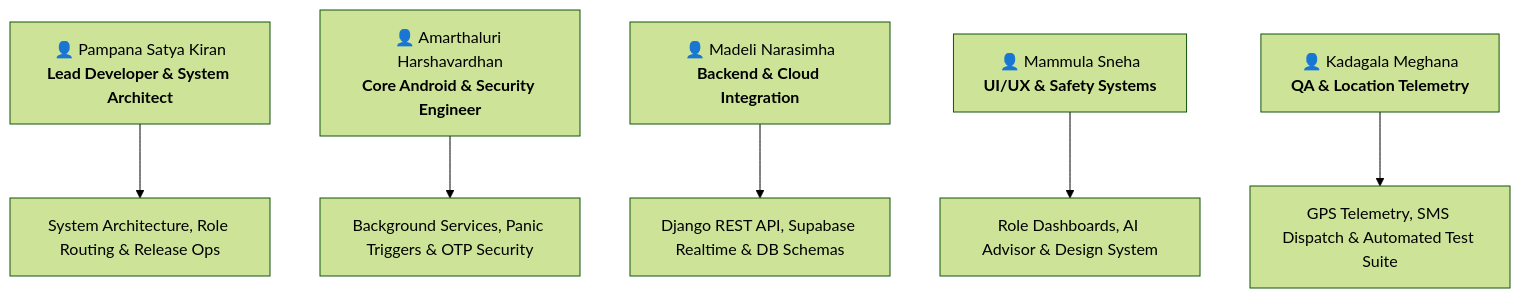
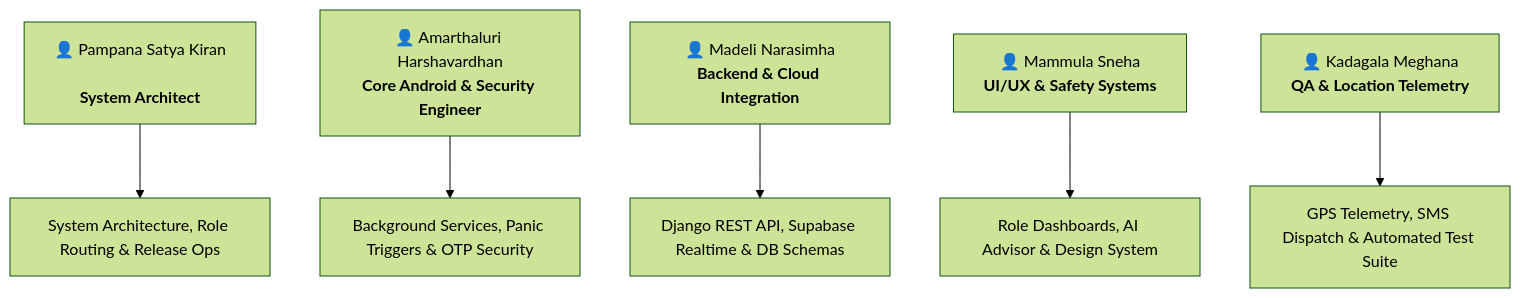
Before and after one commit to satyakiran29/GuardianAI: the diagram in team.md, drawn with Mermaid (forest theme).

````diff
--- a/team.md
+++ b/team.md
@@ -20,14 +20,15 @@
 ```mermaid
 graph TD
-    PSK["👤 Pampana Satya Kiran<br/><b>Lead Developer & System Architect</b>"]
+    PSK["👤 Pampana Satya Kiran<br/><b> 
+     System Architect</b>"]
     AH["👤 Amarthaluri Harshavardhan<br/><b>Core Android & Security Engineer</b>"]
     MN["👤 Madeli Narasimha<br/><b>Backend & Cloud Integration</b>"]
     MS["👤 Mammula Sneha<br/><b>UI/UX & Safety Systems</b>"]
     KM["👤 Kadagala Meghana<br/><b>QA & Location Telemetry</b>"]
 
     PSK --> CoreArch["System Architecture, Role Routing & Release Ops"]
     AH --> SecuritySensors["Background Services, Panic Triggers & OTP Security"]
     MN --> CloudAPI["Django REST API, Supabase Realtime & DB Schemas"]
     MS --> UIUXAssist["Role Dashboards, AI Advisor & Design System"]
     KM --> TelemetryQA["GPS Telemetry, SMS Dispatch & Automated Test Suite"]
 ```
````
